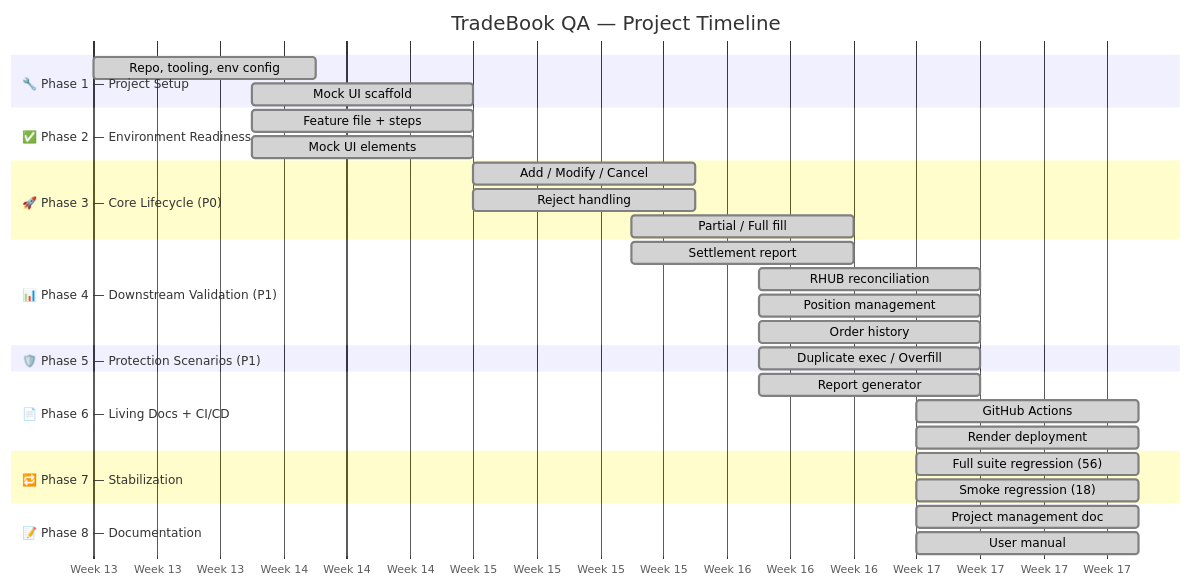
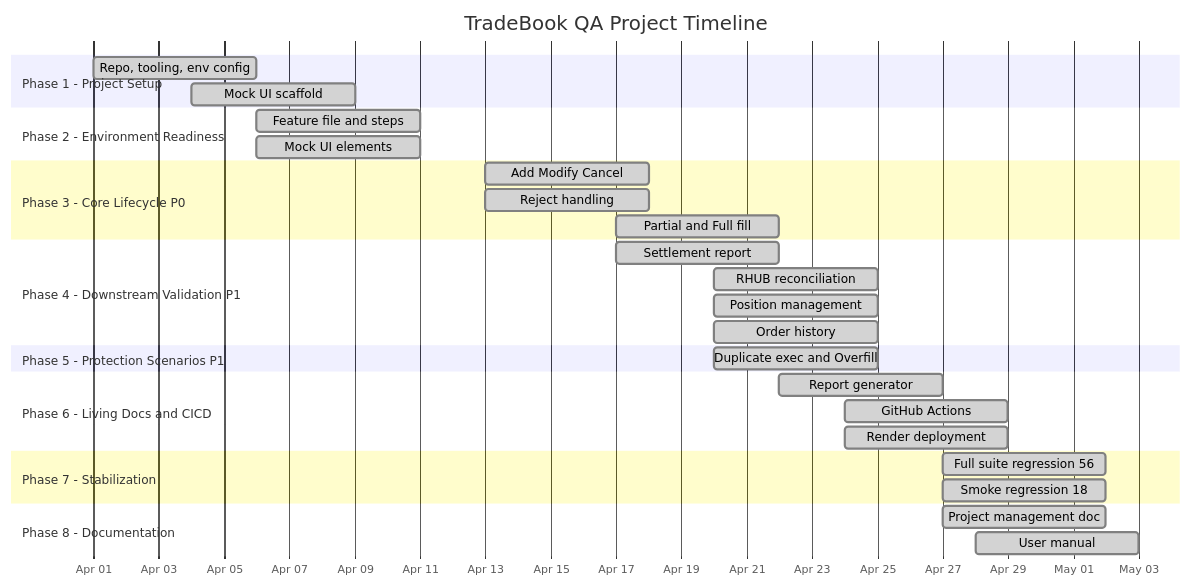
The diagram in PROJECT_MANAGEMENT.md (ken-jiang-claude/tradebook-qa), drawn with Mermaid before and after one commit.

Commit message:
Fix Mermaid Gantt syntax - remove emojis and unsupported axisFormat

````diff
--- a/PROJECT_MANAGEMENT.md
+++ b/PROJECT_MANAGEMENT.md
@@ -167,41 +167,41 @@
 ```mermaid
 gantt
-  title TradeBook QA — Project Timeline
-  dateFormat  YYYY-MM-DD
-  axisFormat  Week %W
+  title TradeBook QA Project Timeline
+  dateFormat YYYY-MM-DD
+  axisFormat %b %d
 
-  section 🔧 Phase 1 — Project Setup
-  Repo, tooling, env config     :done,    p1a, 2026-04-01, 7d
-  Mock UI scaffold              :done,    p1b, 2026-04-06, 7d
+  section Phase 1 - Project Setup
+  Repo, tooling, env config       :done, 2026-04-01, 5d
+  Mock UI scaffold                :done, 2026-04-04, 5d
 
-  section ✅ Phase 2 — Environment Readiness
-  Feature file + steps          :done,    p2a, 2026-04-06, 7d
-  Mock UI elements              :done,    p2b, 2026-04-06, 7d
+  section Phase 2 - Environment Readiness
+  Feature file and steps          :done, 2026-04-06, 5d
+  Mock UI elements                :done, 2026-04-06, 5d
 
-  section 🚀 Phase 3 — Core Lifecycle (P0)
-  Add / Modify / Cancel         :done,    p3a, 2026-04-13, 7d
-  Reject handling               :done,    p3b, 2026-04-13, 7d
-  Partial / Full fill           :done,    p3c, 2026-04-18, 7d
+  section Phase 3 - Core Lifecycle P0
+  Add Modify Cancel               :done, 2026-04-13, 5d
+  Reject handling                 :done, 2026-04-13, 5d
+  Partial and Full fill           :done, 2026-04-17, 5d
 
-  section 📊 Phase 4 — Downstream Validation (P1)
-  Settlement report             :done,    p4a, 2026-04-18, 7d
-  RHUB reconciliation           :done,    p4b, 2026-04-22, 7d
-  Position management           :done,    p4c, 2026-04-22, 7d
-  Order history                 :done,    p4d, 2026-04-22, 7d
+  section Phase 4 - Downstream Validation P1
+  Settlement report               :done, 2026-04-17, 5d
+  RHUB reconciliation             :done, 2026-04-20, 5d
+  Position management             :done, 2026-04-20, 5d
+  Order history                   :done, 2026-04-20, 5d
 
-  section 🛡️ Phase 5 — Protection Scenarios (P1)
-  Duplicate exec / Overfill     :done,    p5a, 2026-04-22, 7d
+  section Phase 5 - Protection Scenarios P1
+  Duplicate exec and Overfill     :done, 2026-04-20, 5d
 
-  section 📄 Phase 6 — Living Docs + CI/CD
-  Report generator              :done,    p6a, 2026-04-22, 7d
-  GitHub Actions                :done,    p6b, 2026-04-27, 7d
-  Render deployment             :done,    p6c, 2026-04-27, 7d
+  section Phase 6 - Living Docs and CICD
+  Report generator                :done, 2026-04-22, 5d
+  GitHub Actions                  :done, 2026-04-24, 5d
+  Render deployment               :done, 2026-04-24, 5d
 
-  section 🔁 Phase 7 — Stabilization
-  Full suite regression (56)    :done,    p7a, 2026-04-27, 7d
-  Smoke regression (18)         :done,    p7b, 2026-04-27, 7d
+  section Phase 7 - Stabilization
+  Full suite regression 56        :done, 2026-04-27, 5d
+  Smoke regression 18             :done, 2026-04-27, 5d
 
-  section 📝 Phase 8 — Documentation
-  Project management doc        :done,    p8a, 2026-04-27, 7d
-  User manual                   :done,    p8b, 2026-04-27, 7d
+  section Phase 8 - Documentation
+  Project management doc          :done, 2026-04-27, 5d
+  User manual                     :done, 2026-04-28, 5d
 ```
````
